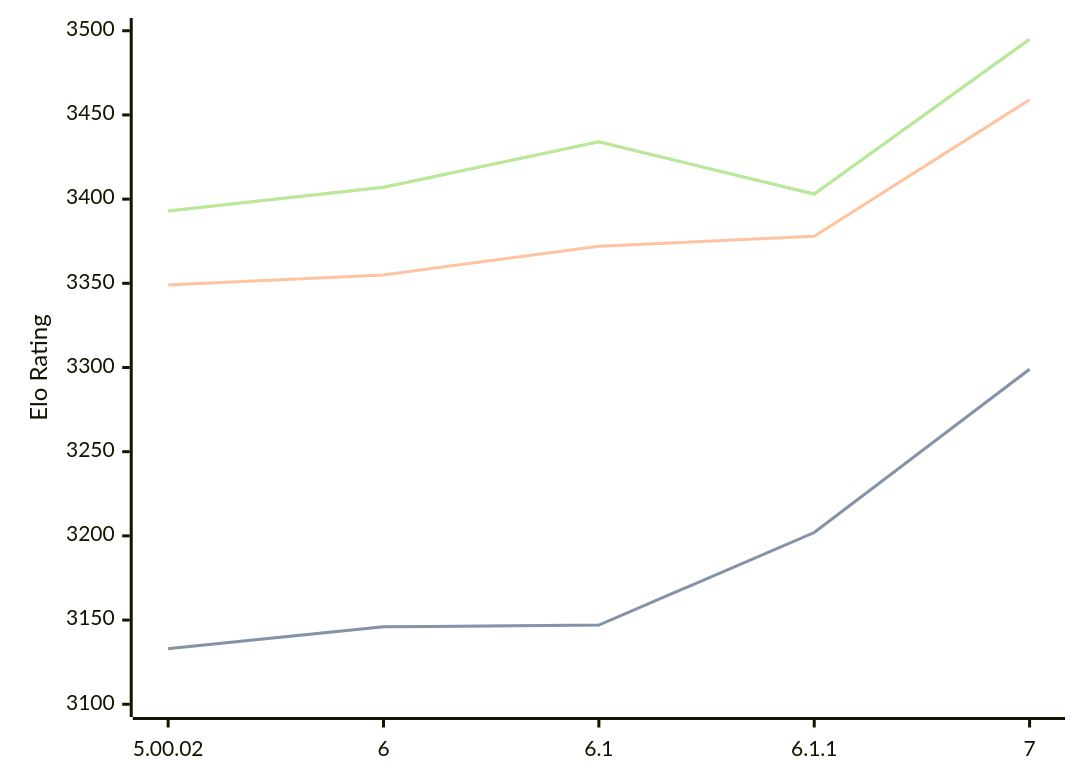
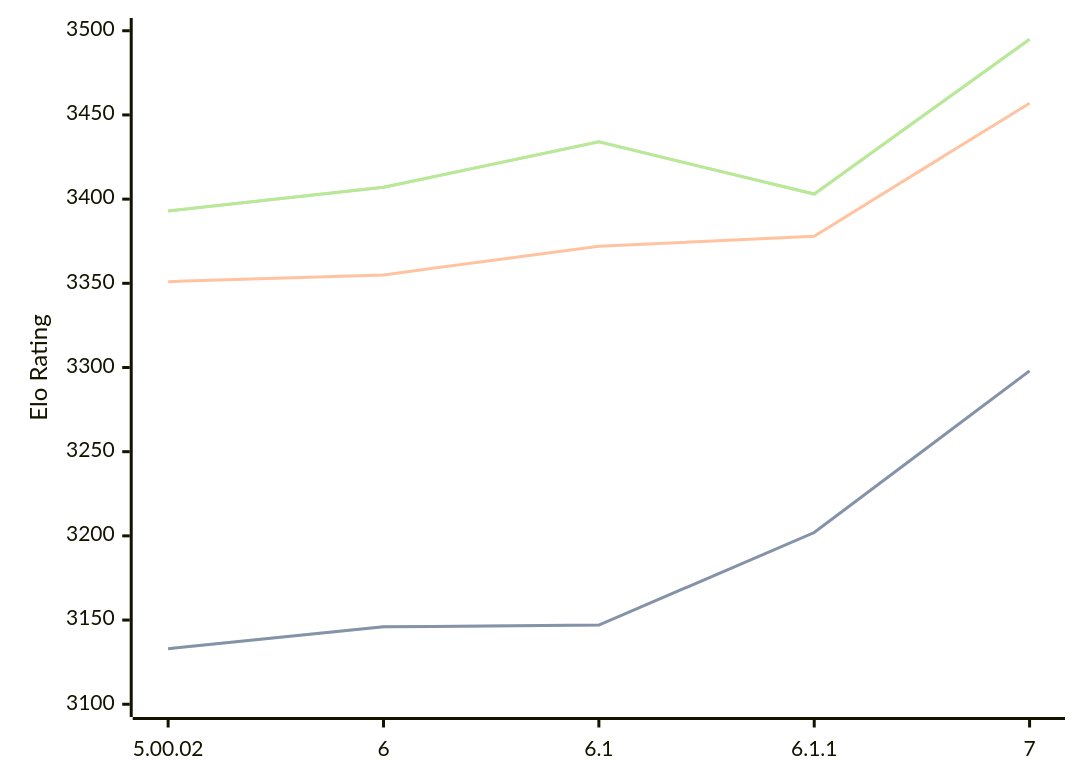
One commit to computer-chess-index/cci changed the diagram in engines/Zangdar.md. Above: the diagram before and after it, drawn with Mermaid. The commit also changed other lines of this file, not shown here.

````diff
--- a/engines/Zangdar.md
+++ b/engines/Zangdar.md
@@ -35,11 +35,11 @@
 ```mermaid
 %%{init: {"theme":"base","themeVariables":{"seriesColors:['#a3a3a3','#222221','#faa371']}}}%%
 xychart-beta
   x-axis ["5.00.02", "6", "6.1", "6.1.1", "7"]
   y-axis "Elo Rating" 3100 --> 3500
-  line "" [3133, 3146, 3147, 3202, 3299]
-  line "STC (8.0+0.08s)" [3133, 3146, 3147, 3202, 3299]
-  line "LTC (60.0+0.60s)" [3349, 3355, 3372, 3378, 3459]
+  line "" [3133, 3146, 3147, 3202, 3298]
+  line "STC (8.0+0.08s)" [3133, 3146, 3147, 3202, 3298]
+  line "LTC (60.0+0.60s)" [3351, 3355, 3372, 3378, 3457]
   line "" [3393, 3407, 3434, 3403, 3495]
   line "VLTC (2m24s+1.12s)" [3393, 3407, 3434, 3403, 3495]
 ```
````
